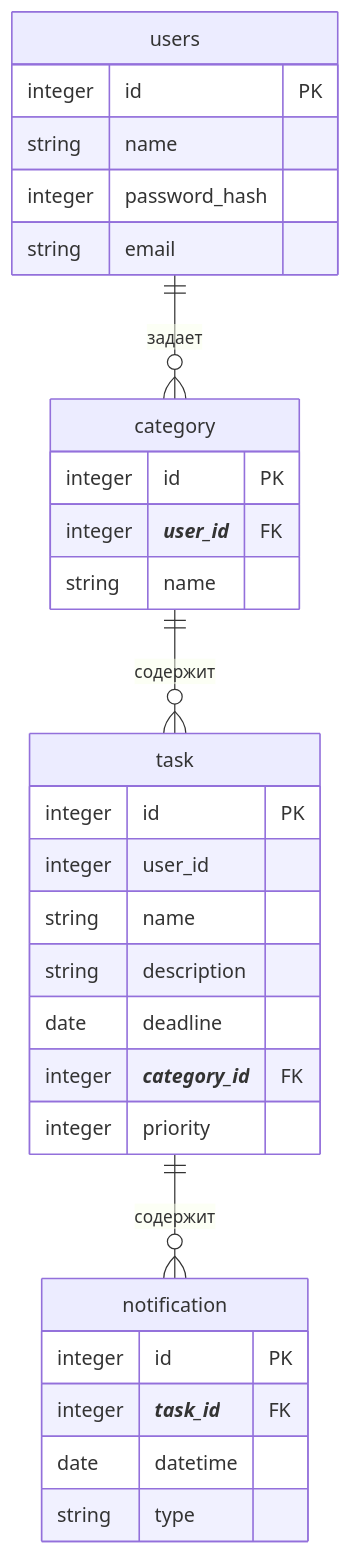
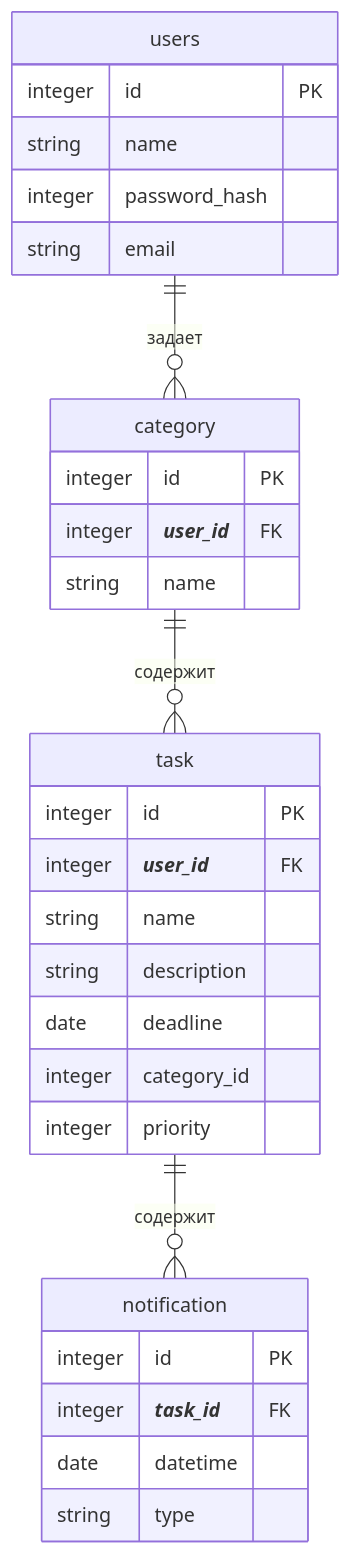
The diagram in db/er-diagram.md (hse-perm-sandbox/study-track-docs), drawn with Mermaid before and after one commit. The commit also changed 1 other file, not shown here.

Commit message:
Исправил er и context

````diff
--- a/db/er-diagram.md
+++ b/db/er-diagram.md
@@ -3,38 +3,38 @@
 ```mermaid
 erDiagram
     users {
         integer id PK
         string name
         integer password_hash
         string email
     }
 
     category {
         integer id PK
         integer ***user_id*** FK
         string name
     }
 
     task {
         integer id PK
-        integer user_id
+        integer ***user_id*** FK
         string name
         string description
         date deadline
-        integer ***category_id*** FK
+        integer category_id
         integer priority
     }
 
     notification {
         integer id PK
         integer ***task_id*** FK
         date datetime
         string type
     }
 
 
     users ||--o{ category : "задает"
     category ||--o{ task : "содержит"
     task ||--o{ notification : "содержит"
     
 ```
````
